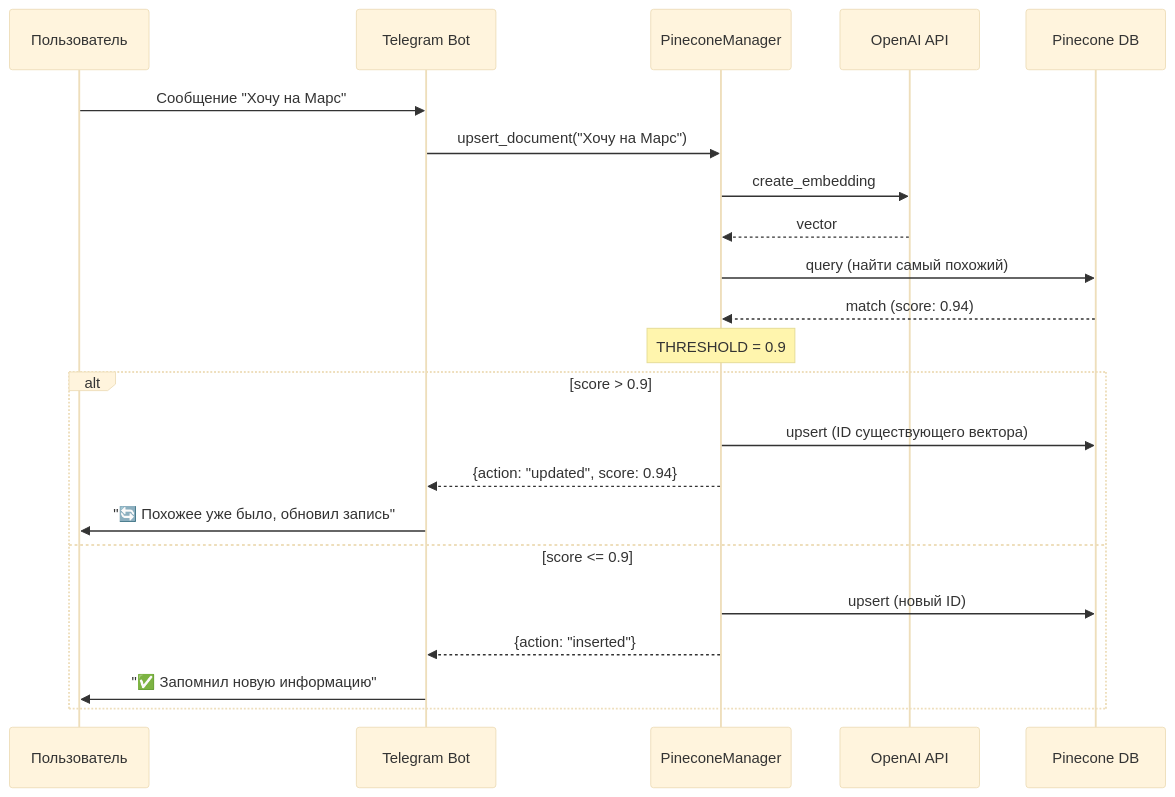
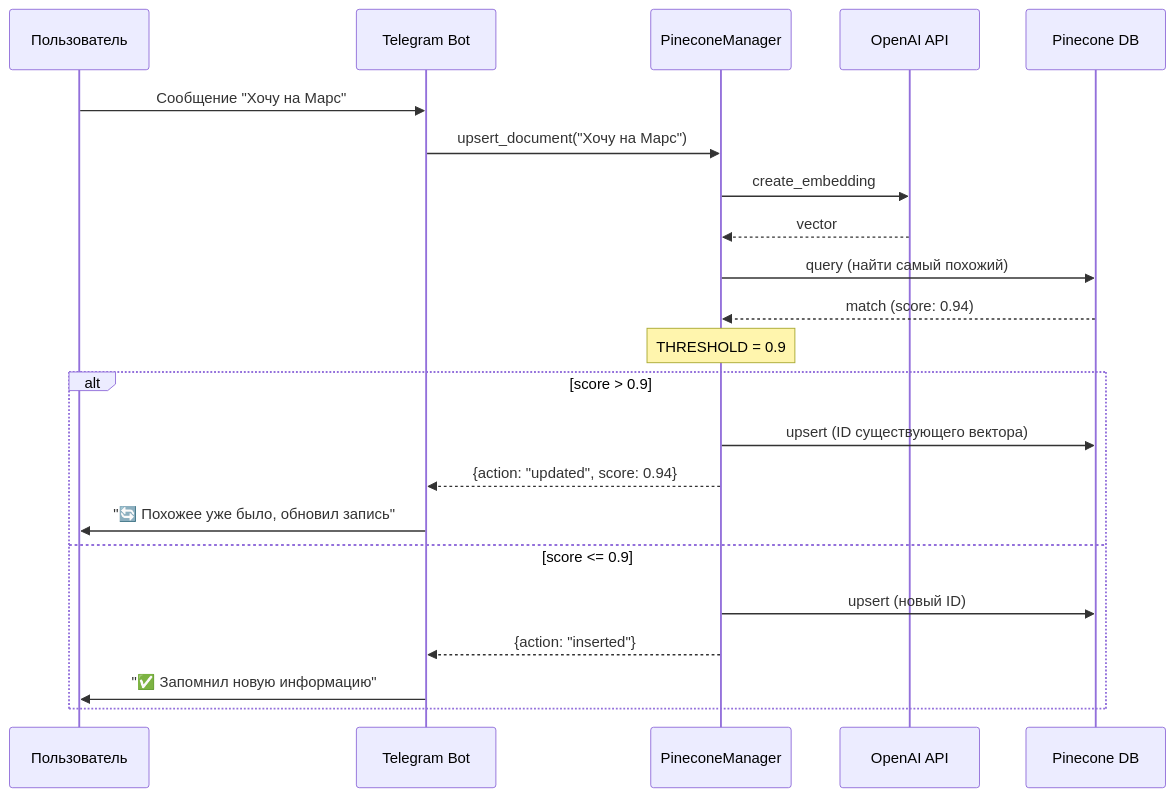
Before and after one commit to MatveiV/PineconeManager_with_CosineSimilarity: the second of 2 diagrams in README.md, drawn with Mermaid. The commit also changed other lines of this file, not shown here.

Commit message:
Fix diagrams background and labels overlap

````diff
--- a/README.md
+++ b/README.md
@@ -57,29 +67,28 @@
 ```mermaid
-%%{init: {'theme': 'base', 'themeVariables': { 'background': '#ffffff' }}}%%
 sequenceDiagram
     participant U as Пользователь
     participant B as Telegram Bot
     participant PM as PineconeManager
     participant OA as OpenAI API
     participant P as Pinecone DB
 
     U->>B: Сообщение "Хочу на Марс"
     B->>PM: upsert_document("Хочу на Марс")
     PM->>OA: create_embedding
     OA-->>PM: vector
     
     PM->>P: query (найти самый похожий)
     P-->>PM: match (score: 0.94)
     
     Note over PM: THRESHOLD = 0.9
     
     alt score > 0.9
         PM->>P: upsert (ID существующего вектора)
         PM-->>B: {action: "updated", score: 0.94}
         B->>U: "🔄 Похожее уже было, обновил запись"
     else score <= 0.9
         PM->>P: upsert (новый ID)
         PM-->>B: {action: "inserted"}
         B->>U: "✅ Запомнил новую информацию"
     end
 ```
````
